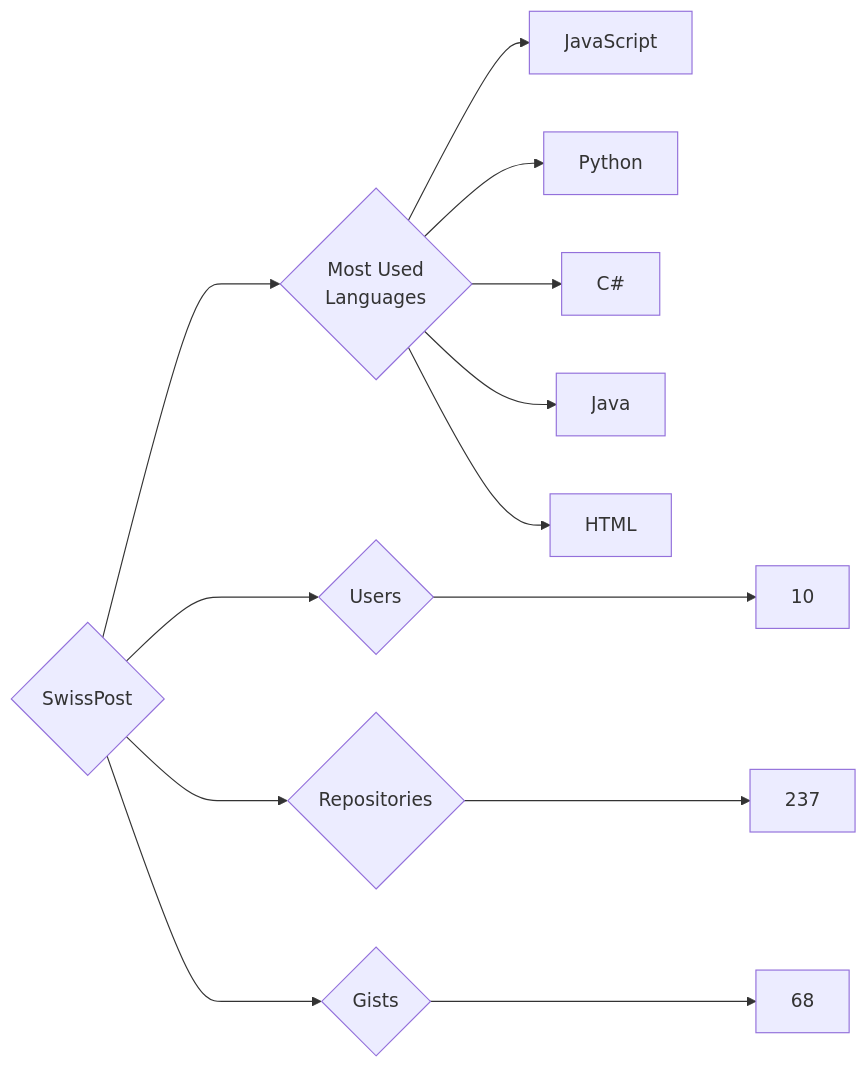
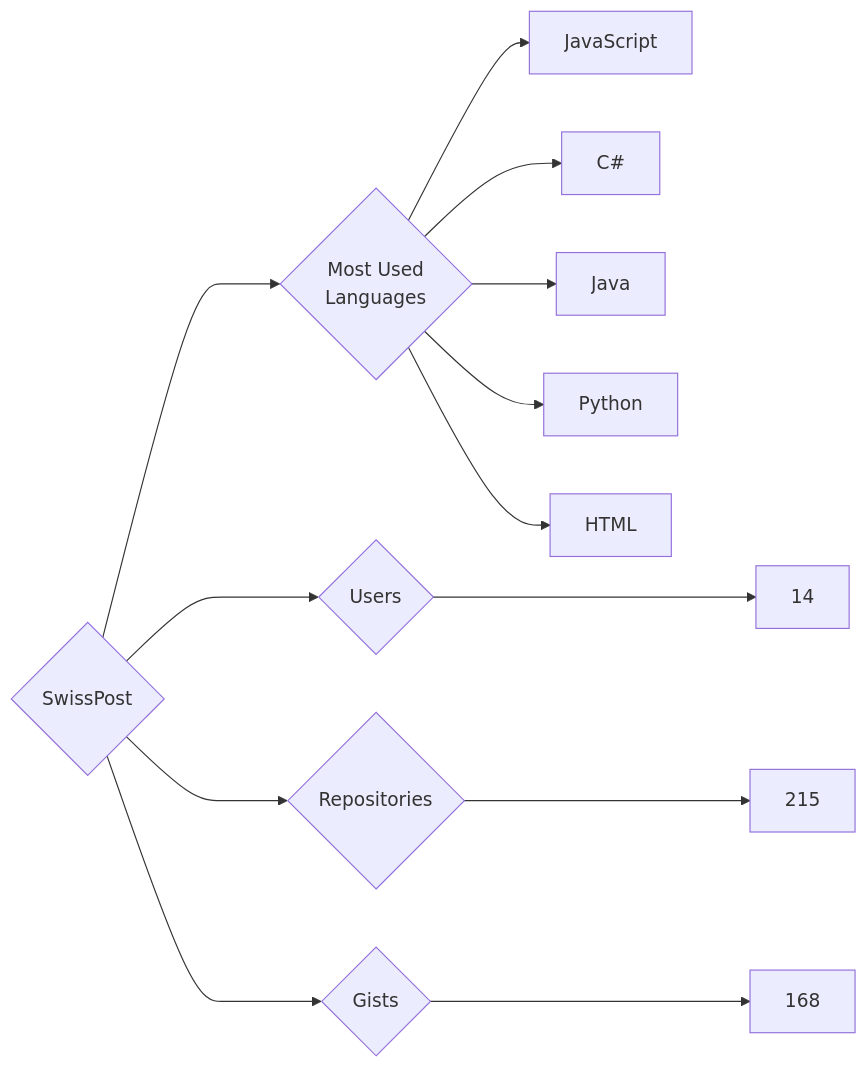
Before and after one commit to trickest/insiders: the diagram in targets/SwissPost/README.md, drawn with Mermaid. The commit also changed 871 other files, not shown here.

````diff
--- a/targets/SwissPost/README.md
+++ b/targets/SwissPost/README.md
@@ -3,13 +3,13 @@
 ```mermaid
 graph LR
 COMPANY_NAME{SwissPost}
-COMPANY_NAME ---> U{Users} ---> UN[10]
-COMPANY_NAME ---> R{Repositories} ---> RN[237]
-COMPANY_NAME ---> G{Gists} ---> GN[68]
+COMPANY_NAME ---> U{Users} ---> UN[14]
+COMPANY_NAME ---> R{Repositories} ---> RN[215]
+COMPANY_NAME ---> G{Gists} ---> GN[168]
 COMPANY_NAME ---> ML{Most Used<br>Languages}
 ML --> JavaScript[JavaScript]
-ML --> Python[Python]
 ML --> C#[C#]
 ML --> Java[Java]
+ML --> Python[Python]
 ML --> HTML[HTML]
 ```
````
